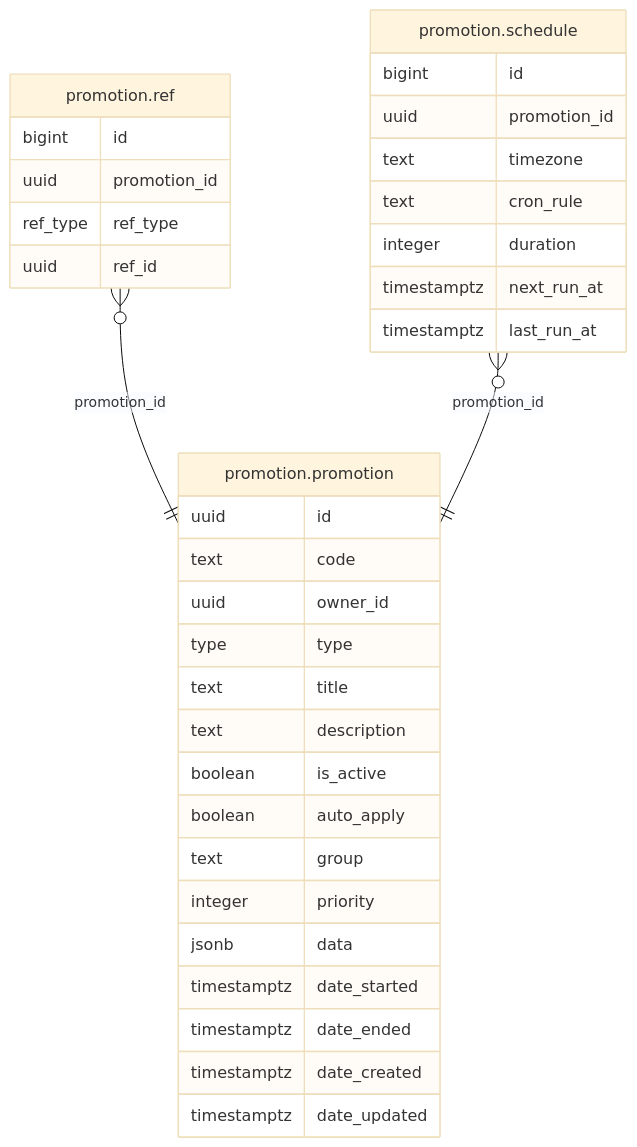
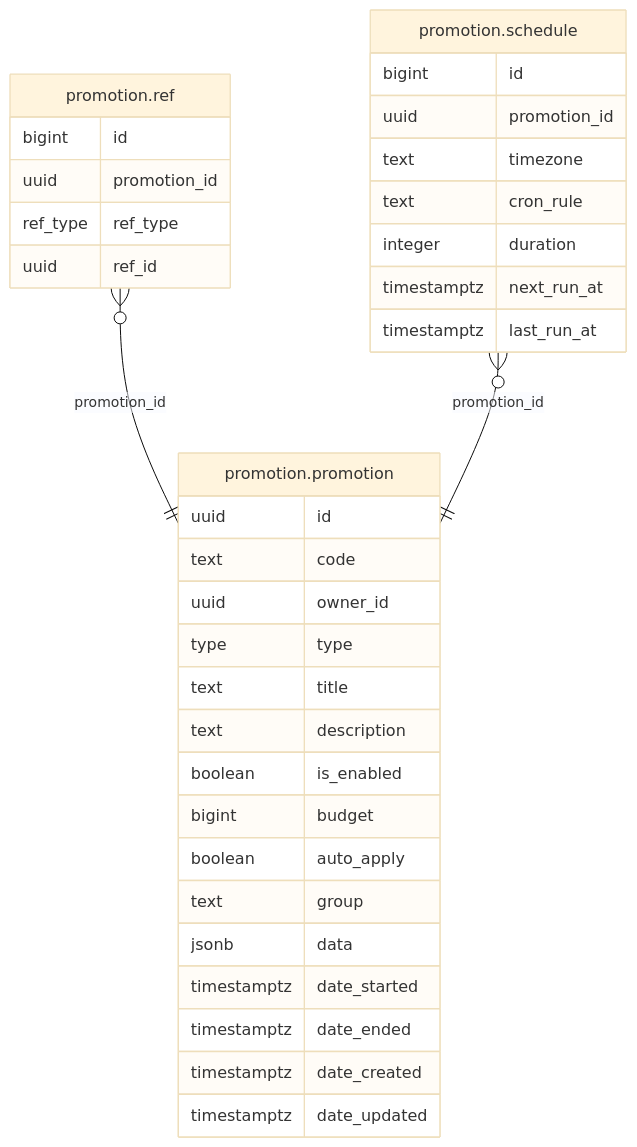
Before and after one commit to shopnexus/shopnexus-server: the diagram in internal/module/promotion/README.md, drawn with Mermaid (base theme). The commit also changed 8 other files, not shown here.

Commit message:
update schema

````diff
--- a/internal/module/promotion/README.md
+++ b/internal/module/promotion/README.md
@@ -10,38 +10,38 @@
 ```mermaid
 erDiagram
 "promotion.ref" }o--|| "promotion.promotion" : "promotion_id"
 "promotion.schedule" }o--|| "promotion.promotion" : "promotion_id"
 
 "promotion.promotion" {
   uuid id
   text code
   uuid owner_id
   type type
   text title
   text description
-  boolean is_active
+  boolean is_enabled
+  bigint budget
   boolean auto_apply
   text group
-  integer priority
   jsonb data
   timestamptz date_started
   timestamptz date_ended
   timestamptz date_created
   timestamptz date_updated
 }
 "promotion.ref" {
   bigint id
   uuid promotion_id
   ref_type ref_type
   uuid ref_id
 }
 "promotion.schedule" {
   bigint id
   uuid promotion_id
   text timezone
   text cron_rule
   integer duration
   timestamptz next_run_at
   timestamptz last_run_at
 }
 ```
````
